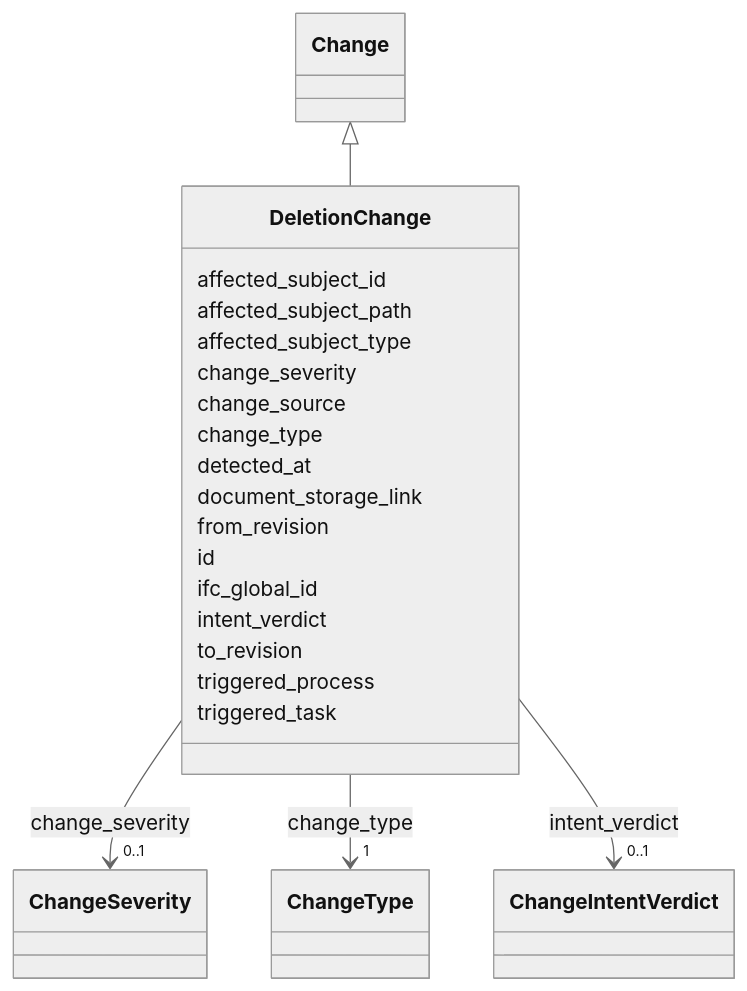
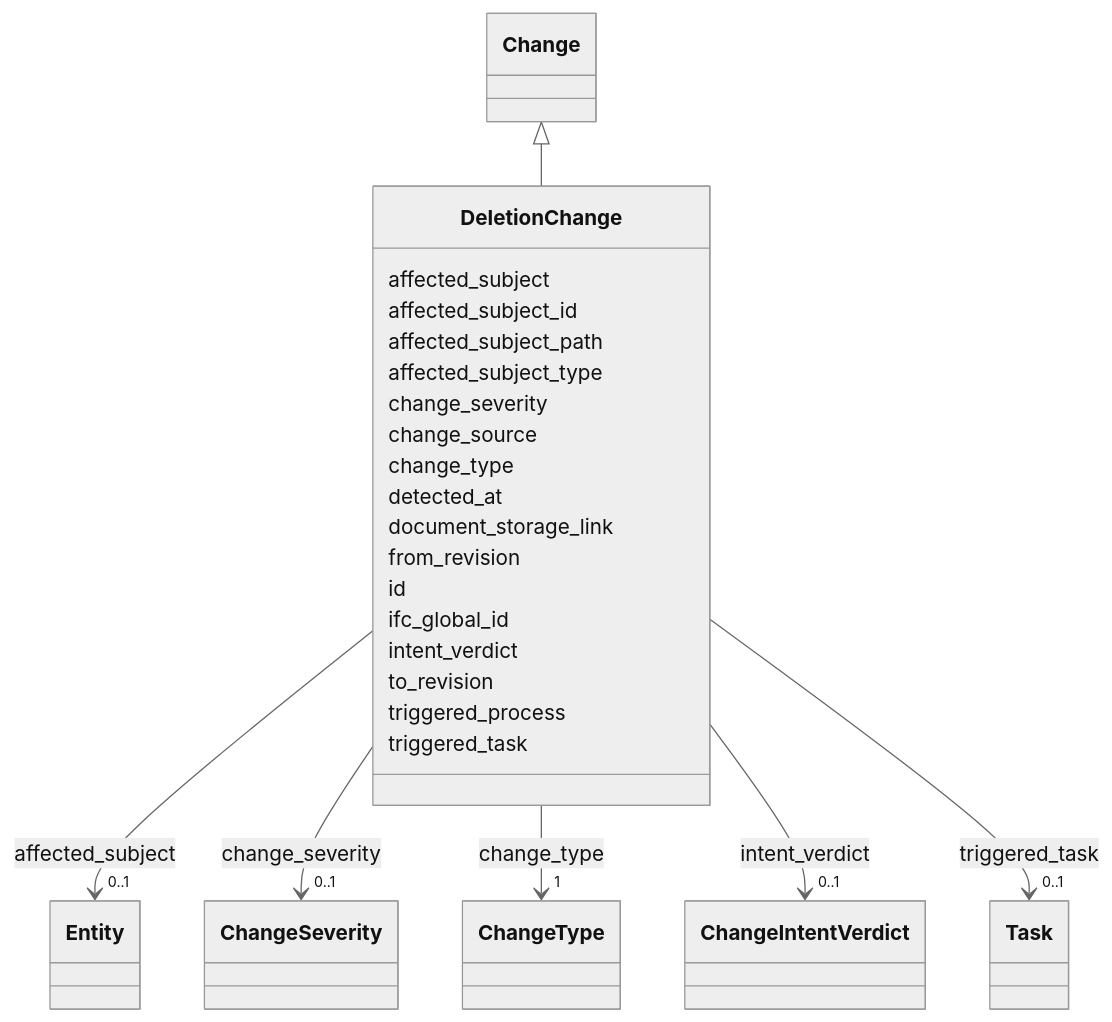
Before and after one commit to simondilhas/pragmatic-bim-data-contract: the diagram in latest/schema/DeletionChange.md, drawn with Mermaid (neutral theme). The commit also changed other lines of this file and 1888 other files, not shown here.

````diff
--- a/latest/schema/DeletionChange.md
+++ b/latest/schema/DeletionChange.md
@@ -23,28 +23,33 @@
 ```mermaid
  classDiagram
     class DeletionChange
     click DeletionChange href "./DeletionChange.html"
       Change <|-- DeletionChange
         click Change href "./Change.html"
+      DeletionChange : affected_subject
+        DeletionChange --> "0..1" Entity : affected_subject
+        click Entity href "./Entity.html"
       DeletionChange : affected_subject_id
       DeletionChange : affected_subject_path
       DeletionChange : affected_subject_type
       DeletionChange : change_severity
         DeletionChange --> "0..1" ChangeSeverity : change_severity
         click ChangeSeverity href "./ChangeSeverity.html"
       DeletionChange : change_source
       DeletionChange : change_type
         DeletionChange --> "1" ChangeType : change_type
         click ChangeType href "./ChangeType.html"
       DeletionChange : detected_at
       DeletionChange : document_storage_link
       DeletionChange : from_revision
       DeletionChange : id
       DeletionChange : ifc_global_id
       DeletionChange : intent_verdict
         DeletionChange --> "0..1" ChangeIntentVerdict : intent_verdict
         click ChangeIntentVerdict href "./ChangeIntentVerdict.html"
       DeletionChange : to_revision
       DeletionChange : triggered_process
       DeletionChange : triggered_task
+        DeletionChange --> "0..1" Task : triggered_task
+        click Task href "./Task.html"
 ```
````
